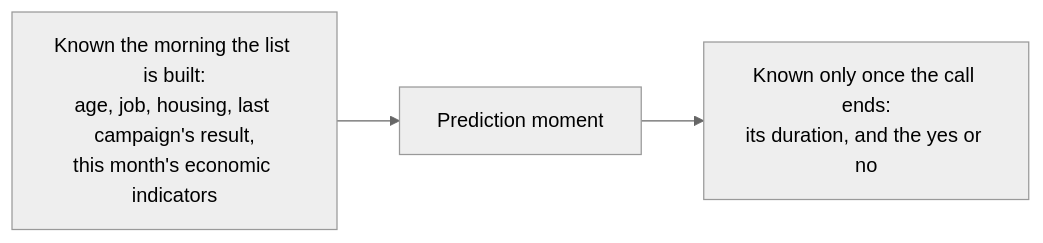
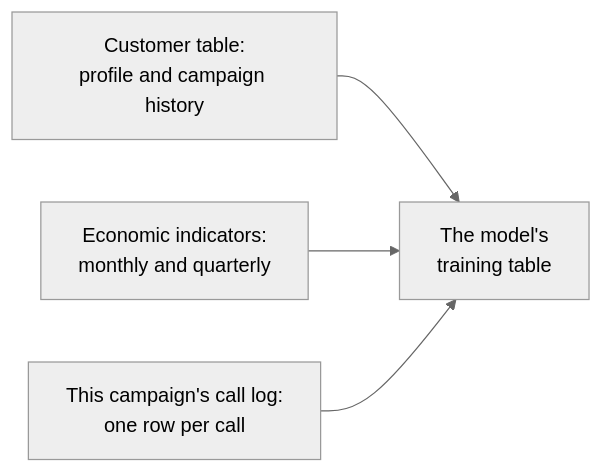
The third of 5 diagrams in content/W05/SAT/paper/C2_W05_SAT_recap_paper_STUDENT.md (fde-academy-lab/c2-content-factory), drawn with Mermaid (neutral theme) before and after one commit. The commit also changed other lines of this file and 9 other files, not shown here.

````diff
--- a/content/W05/SAT/paper/C2_W05_SAT_recap_paper_STUDENT.md
+++ b/content/W05/SAT/paper/C2_W05_SAT_recap_paper_STUDENT.md
@@ -220,5 +220,6 @@
 ```mermaid
 flowchart LR
-  K["Known the morning the list is built:<br/>age, job, housing, last campaign's result,<br/>this month's economic indicators"] --> M["Prediction moment"]
-  M --> L["Known only once the call ends:<br/>its duration, and the yes or no"]
+  A["Customer table:<br/>profile and campaign history"] --> J["The model's<br/>training table"]
+  B["Economic indicators:<br/>monthly and quarterly"] --> J
+  C["This campaign's call log:<br/>one row per call"] --> J
 ```
````
